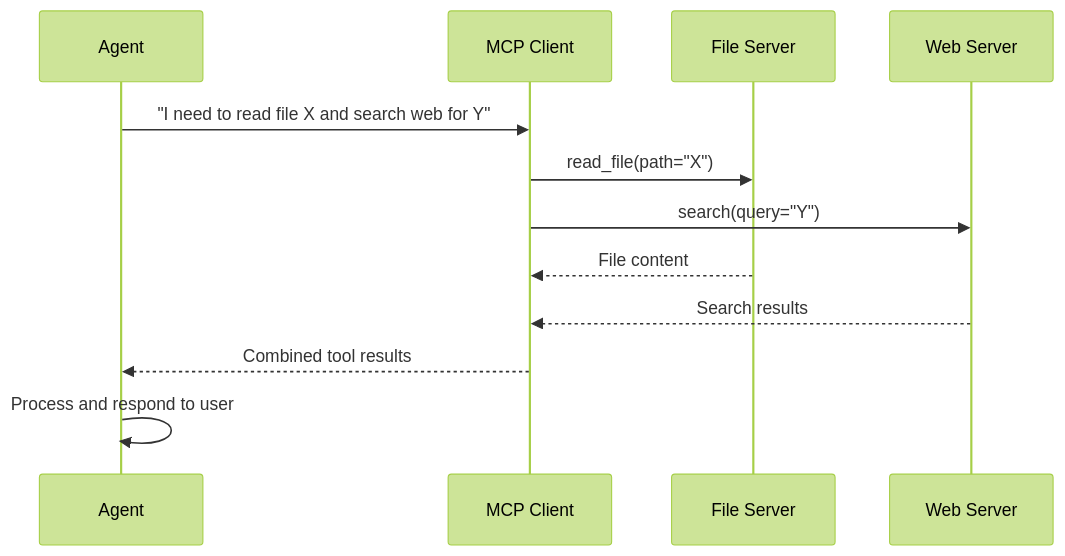
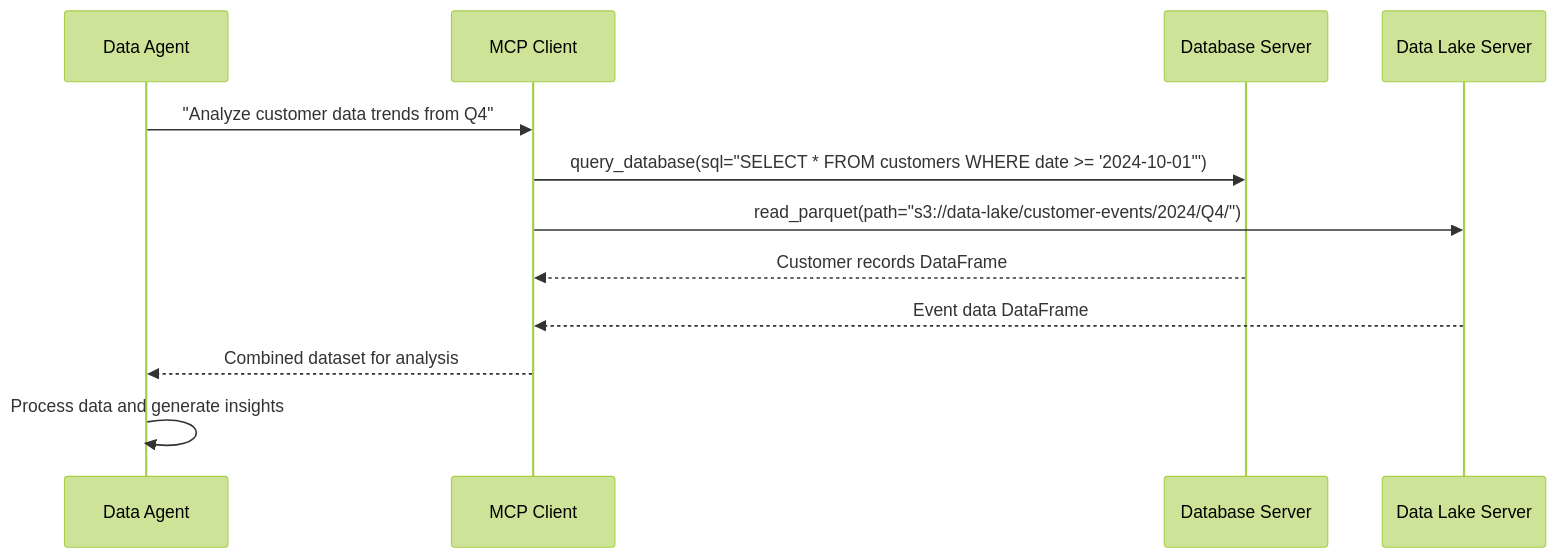
Before and after one commit to fwornle/agentic-ai-nano: the seventh of 15 diagrams in docs-content/01_frameworks/Session1_ModuleD_Coding_Assistant_Case_Study.md, drawn with Mermaid (forest theme). The commit also changed other lines of this file and 18 other files, not shown here.

````diff
--- a/docs-content/01_frameworks/Session1_ModuleD_Coding_Assistant_Case_Study.md
+++ b/docs-content/01_frameworks/Session1_ModuleD_Coding_Assistant_Case_Study.md
@@ -434,17 +448,17 @@
 ```mermaid
 sequenceDiagram
-    participant A as Agent
+    participant A as Data Agent
     participant MCP as MCP Client
-    participant FS as File Server
-    participant WEB as Web Server
+    participant SQL as Database Server
+    participant S3 as Data Lake Server
     
-    A->>MCP: "I need to read file X and search web for Y"
-    MCP->>FS: read_file(path="X")
-    MCP->>WEB: search(query="Y")
+    A->>MCP: "Analyze customer data trends from Q4"
+    MCP->>SQL: query_database(sql="SELECT * FROM customers WHERE date >= '2024-10-01'")
+    MCP->>S3: read_parquet(path="s3://data-lake/customer-events/2024/Q4/")
     
-    FS-->>MCP: File content
-    WEB-->>MCP: Search results
+    SQL-->>MCP: Customer records DataFrame
+    S3-->>MCP: Event data DataFrame
     
-    MCP-->>A: Combined tool results
-    A->>A: Process and respond to user
+    MCP-->>A: Combined dataset for analysis
+    A->>A: Process data and generate insights
 ```
````
